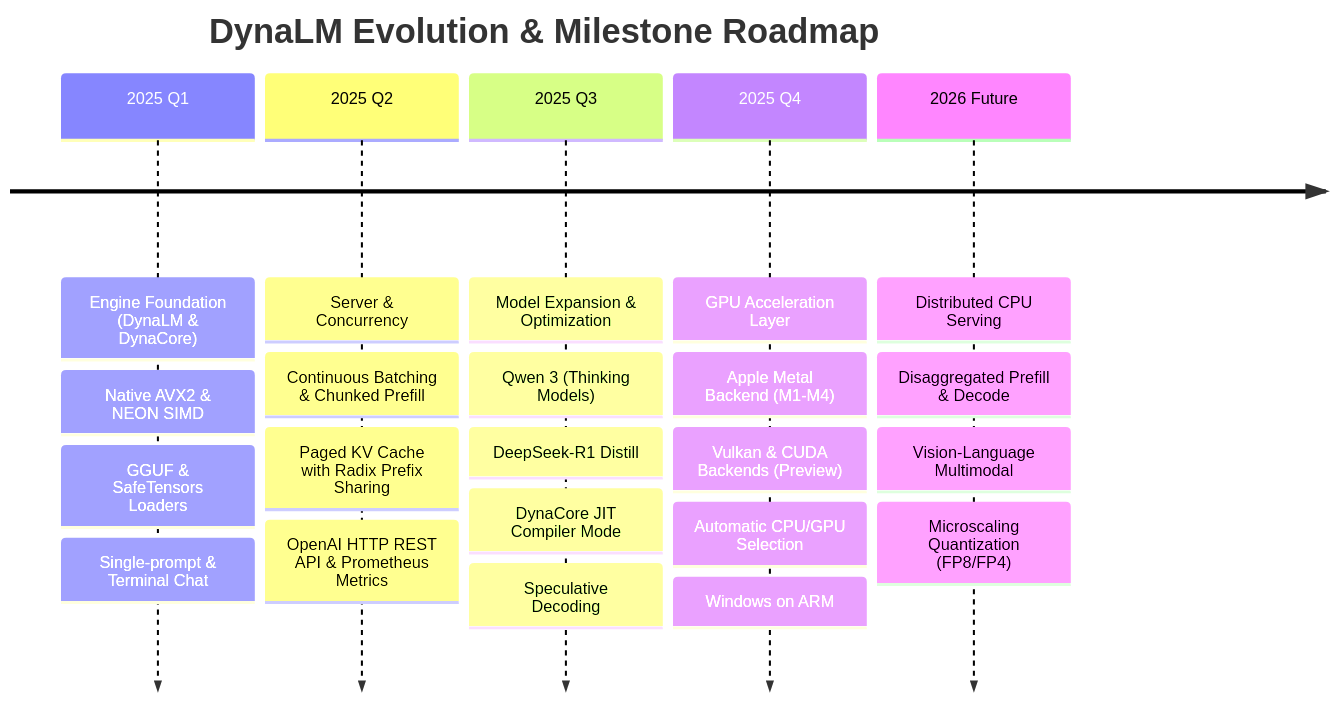
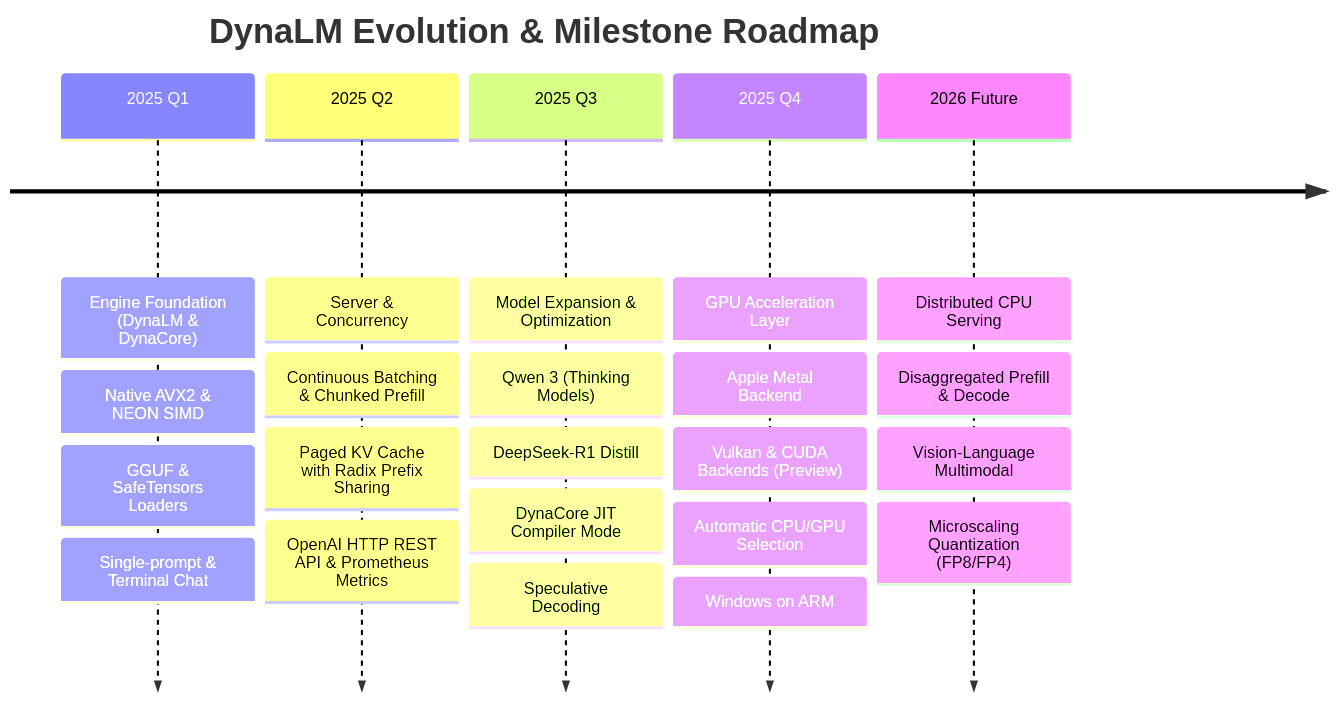
The diagram in ROADMAP.md (dynalm-project/dynalm), drawn with Mermaid before and after one commit. The commit also changed other lines of this file and 12 other files, not shown here.

````diff
--- a/ROADMAP.md
+++ b/ROADMAP.md
@@ -18,9 +18,9 @@
 ```mermaid
 timeline
     title DynaLM Evolution & Milestone Roadmap
     2025 Q1 : Engine Foundation (DynaLM & DynaCore) : Native AVX2 & NEON SIMD : GGUF & SafeTensors Loaders : Single-prompt & Terminal Chat
     2025 Q2 : Server & Concurrency : Continuous Batching & Chunked Prefill : Paged KV Cache with Radix Prefix Sharing : OpenAI HTTP REST API & Prometheus Metrics
     2025 Q3 : Model Expansion & Optimization : Qwen 3 (Thinking Models) : DeepSeek-R1 Distill : DynaCore JIT Compiler Mode : Speculative Decoding
-    2025 Q4 : GPU Acceleration Layer : Apple Metal Backend (M1-M4) : Vulkan & CUDA Backends (Preview) : Automatic CPU/GPU Selection : Windows on ARM
+    2025 Q4 : GPU Acceleration Layer : Apple Metal Backend : Vulkan & CUDA Backends (Preview) : Automatic CPU/GPU Selection : Windows on ARM
     2026 Future : Distributed CPU Serving : Disaggregated Prefill & Decode : Vision-Language Multimodal : Microscaling Quantization (FP8/FP4)
 ```
````
